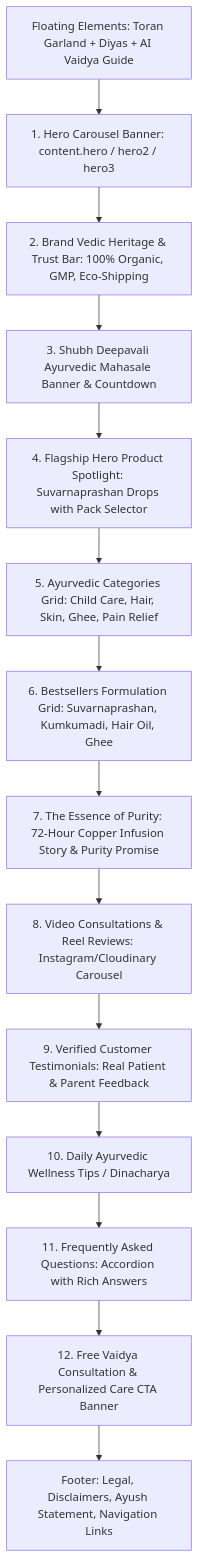
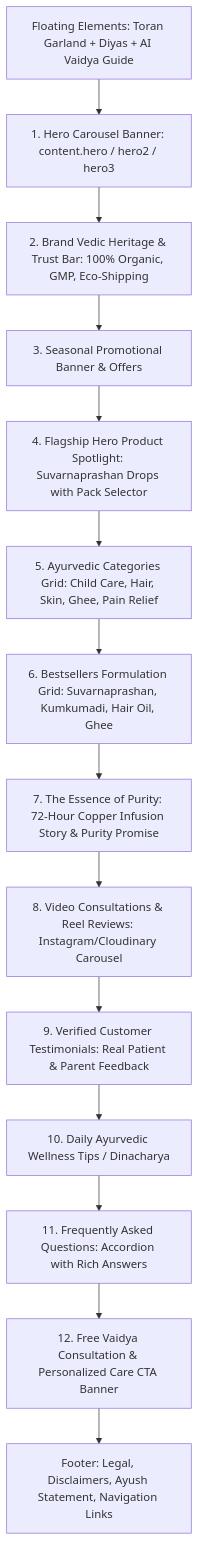
One commit to KANUprajapati-code/hridved-frontend changed the diagram in docs/HRIDVED_AUDIT.md. Above: the diagram before and after it, drawn with Mermaid. The commit also changed 12 other files, not shown here.

````diff
--- a/docs/HRIDVED_AUDIT.md
+++ b/docs/HRIDVED_AUDIT.md
@@ -87,17 +87,17 @@
 ```mermaid
 graph TD
     S0[Floating Elements: Toran Garland + Diyas + AI Vaidya Guide] --> S1
     S1[1. Hero Carousel Banner: content.hero / hero2 / hero3] --> S2
     S2[2. Brand Vedic Heritage & Trust Bar: 100% Organic, GMP, Eco-Shipping] --> S3
-    S3[3. Shubh Deepavali Ayurvedic Mahasale Banner & Countdown] --> S4
+    S3[3. Seasonal Promotional Banner & Offers] --> S4
     S4[4. Flagship Hero Product Spotlight: Suvarnaprashan Drops with Pack Selector] --> S5
     S5[5. Ayurvedic Categories Grid: Child Care, Hair, Skin, Ghee, Pain Relief] --> S6
     S6[6. Bestsellers Formulation Grid: Suvarnaprashan, Kumkumadi, Hair Oil, Ghee] --> S7
     S7[7. The Essence of Purity: 72-Hour Copper Infusion Story & Purity Promise] --> S8
     S8[8. Video Consultations & Reel Reviews: Instagram/Cloudinary Carousel] --> S9
     S9[9. Verified Customer Testimonials: Real Patient & Parent Feedback] --> S10
     S10[10. Daily Ayurvedic Wellness Tips / Dinacharya] --> S11
     S11[11. Frequently Asked Questions: Accordion with Rich Answers] --> S12
     S12[12. Free Vaidya Consultation & Personalized Care CTA Banner] --> S13
     S13[Footer: Legal, Disclaimers, Ayush Statement, Navigation Links]
 ```
````
